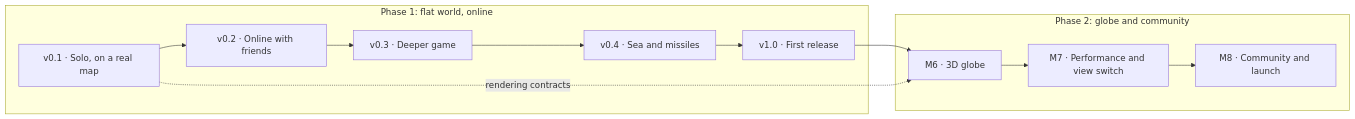
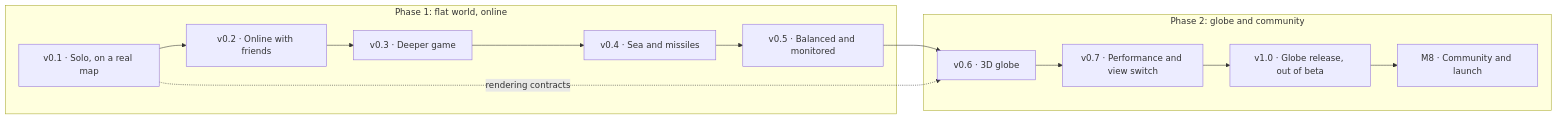
Before and after one commit to MohammadBnei/frontfall: the diagram in docs/roadmap.md, drawn with Mermaid. The commit also changed other lines of this file and 3 other files, not shown here.

First line of the commit message:
docs(roadmap): keep the game in beta until the globe release

````diff
--- a/docs/roadmap.md
+++ b/docs/roadmap.md
@@ -22,17 +25,18 @@
 ```mermaid
 flowchart LR
   subgraph P1["Phase 1: flat world, online"]
     V01["v0.1 · Solo, on a real map"]
     V02["v0.2 · Online with friends"]
     V03["v0.3 · Deeper game"]
     V04["v0.4 · Sea and missiles"]
-    V10["v1.0 · First release"]
+    V05["v0.5 · Balanced and monitored"]
   end
   subgraph P2["Phase 2: globe and community"]
-    M6["M6 · 3D globe"]
-    M7["M7 · Performance and view switch"]
+    V06["v0.6 · 3D globe"]
+    V07["v0.7 · Performance and view switch"]
+    V10["v1.0 · Globe release, out of beta"]
     M8["M8 · Community and launch"]
   end
-  V01 --> V02 --> V03 --> V04 --> V10 --> M6 --> M7 --> M8
-  V01 -. "rendering contracts" .-> M6
+  V01 --> V02 --> V03 --> V04 --> V05 --> V06 --> V07 --> V10 --> M8
+  V01 -. "rendering contracts" .-> V06
 ```
````
